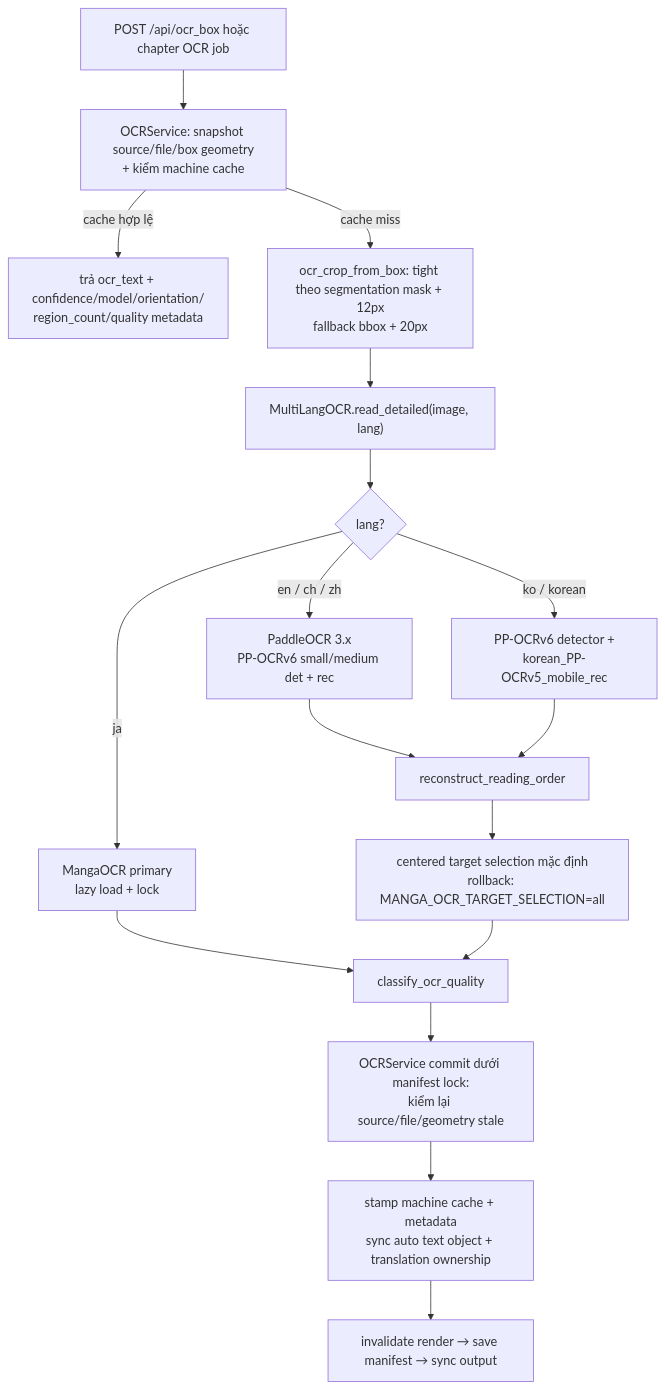
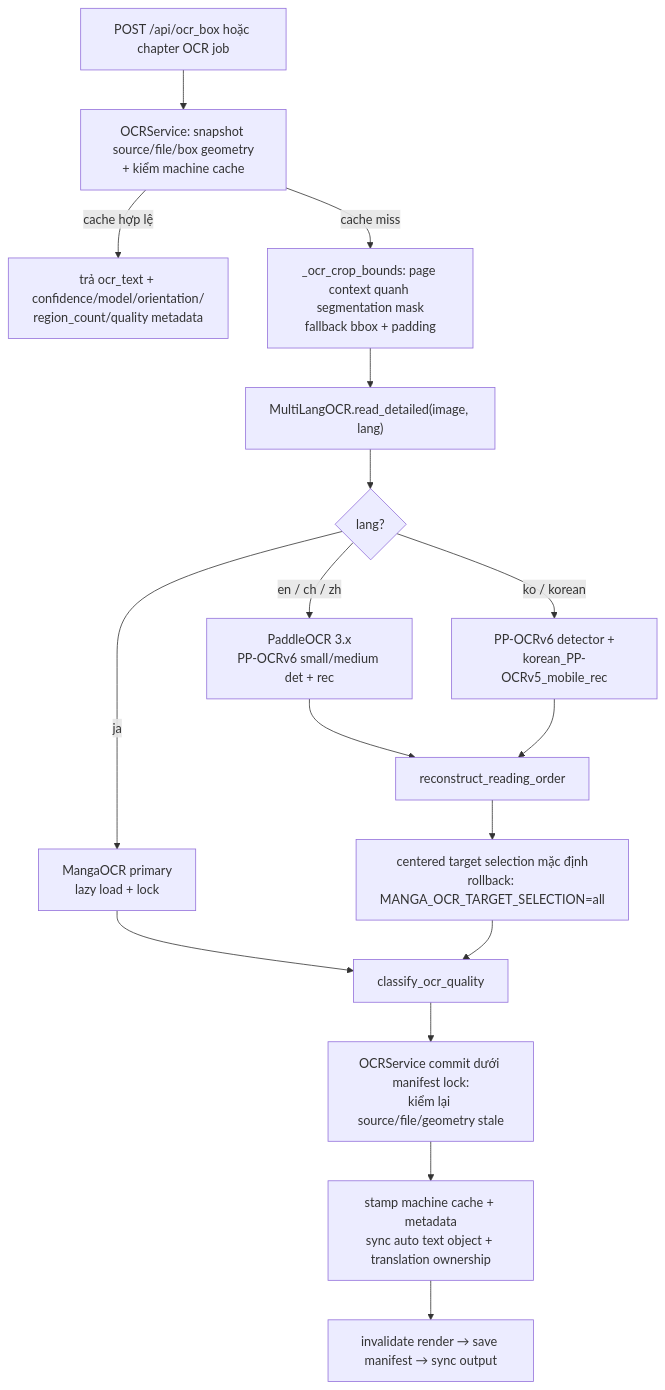
Before and after one commit to tuantran00541-spec/manga-translator: the eighth of 12 diagrams in docs/ARCHITECTURE.md, drawn with Mermaid. The commit also changed 1 other file, not shown here.

Commit message:
fix(ci): remove obsolete OCR crop helper

````diff
--- a/docs/ARCHITECTURE.md
+++ b/docs/ARCHITECTURE.md
@@ -214,19 +214,19 @@
 ```mermaid
 flowchart TD
     A["POST /api/ocr_box hoặc chapter OCR job"] --> B["OCRService: snapshot source/file/box geometry<br/>+ kiểm machine cache"]
     B -->|"cache hợp lệ"| C["trả ocr_text + confidence/model/orientation/<br/>region_count/quality metadata"]
-    B -->|"cache miss"| D["ocr_crop_from_box: tight theo segmentation mask + 12px<br/>fallback bbox + 20px"]
+    B -->|"cache miss"| D["_ocr_crop_bounds: page context quanh segmentation mask<br/>fallback bbox + padding"]
     D --> E["MultiLangOCR.read_detailed(image, lang)"]
     E --> F{"lang?"}
     F -->|"ja"| G["MangaOCR primary<br/>lazy load + lock"]
     F -->|"en / ch / zh"| H["PaddleOCR 3.x<br/>PP-OCRv6 small/medium det + rec"]
     F -->|"ko / korean"| I["PP-OCRv6 detector +<br/>korean_PP-OCRv5_mobile_rec"]
     H --> J["reconstruct_reading_order"]
     I --> J
     J --> K["centered target selection mặc định<br/>rollback: MANGA_OCR_TARGET_SELECTION=all"]
     G --> L["classify_ocr_quality"]
     K --> L
     L --> M["OCRService commit dưới manifest lock:<br/>kiểm lại source/file/geometry stale"]
     M --> N["stamp machine cache + metadata<br/>sync auto text object + translation ownership"]
     N --> O["invalidate render → save manifest → sync output"]
 ```
````
